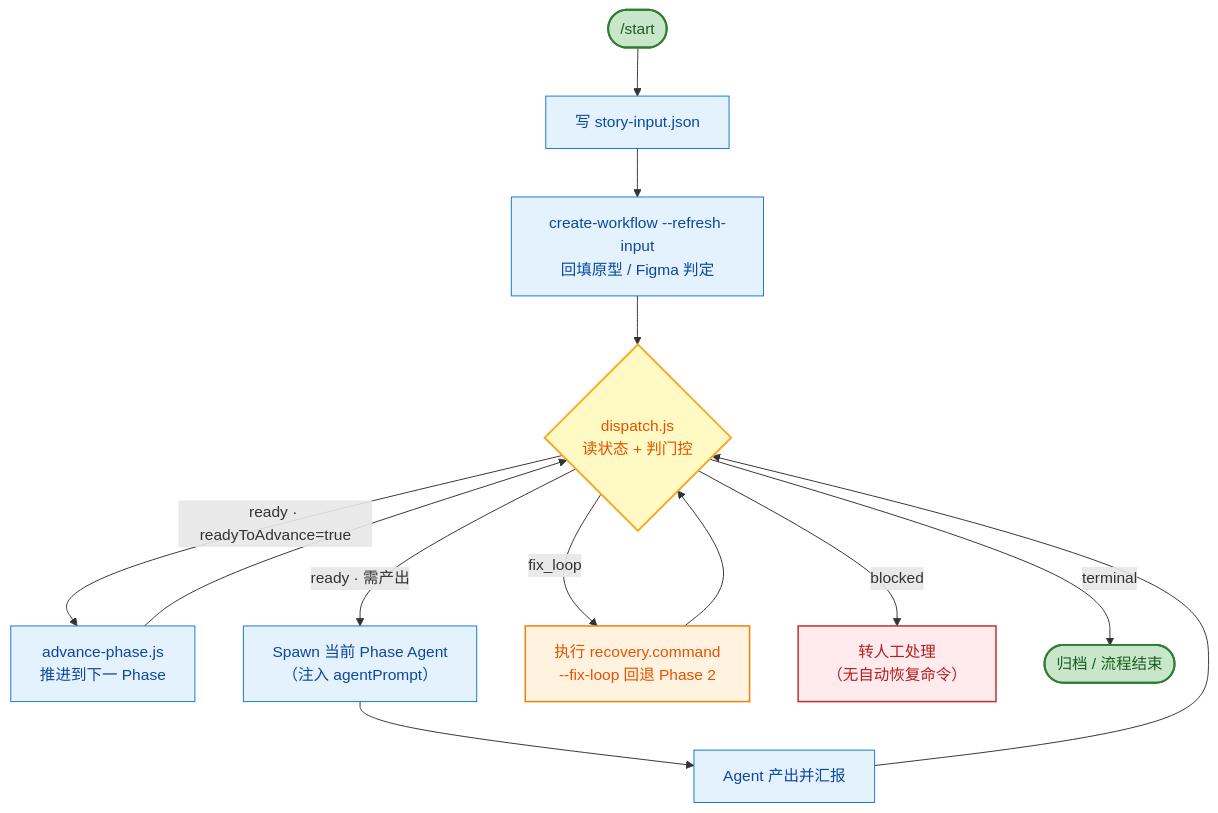
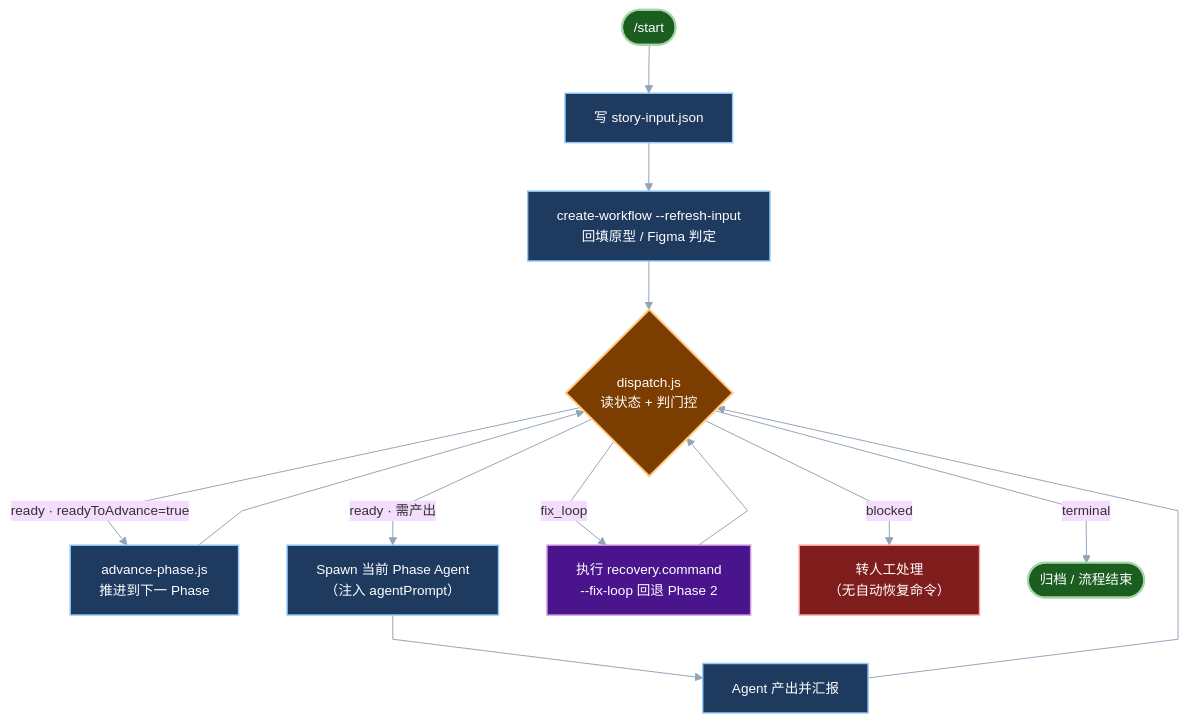
One commit to JayCJP/harnessflow changed the second of 2 diagrams in README.md. Above: the diagram before and after it, drawn with Mermaid. The commit also changed other lines of this file, not shown here.

First line of the commit message:
docs(readme): 按 GitHub 最佳实践重构 README 并美化流程图

````diff
--- a/README.md
+++ b/README.md
@@ -100,43 +115,45 @@
 ```mermaid
+%%{init: {'theme':'base', 'themeVariables': {'fontFamily':'system-ui, sans-serif','fontSize':'14px','lineColor':'#94a3b8'}, 'flowchart': {'curve':'linear'}}}%%
 flowchart TD
     Start(["/start"])
     Input["写 story-input.json"]
     Refresh["create-workflow --refresh-input<br/>回填原型 / Figma 判定"]
     Dispatch{"dispatch.js<br/>读状态 + 判门控"}
 
     Advance["advance-phase.js<br/>推进到下一 Phase"]
     Spawn["Spawn 当前 Phase Agent<br/>（注入 agentPrompt）"]
     Report["Agent 产出并汇报"]
     FixLoop["执行 recovery.command<br/>--fix-loop 回退 Phase 2"]
     Manual["转人工处理<br/>（无自动恢复命令）"]
     End(["归档 / 流程结束"])
 
     Start --> Input
     Input --> Refresh
     Refresh --> Dispatch
 
     Dispatch -->|"ready · readyToAdvance=true"| Advance
     Advance --> Dispatch
 
     Dispatch -->|"ready · 需产出"| Spawn
     Spawn --> Report
     Report --> Dispatch
 
     Dispatch -->|"fix_loop"| FixLoop
     FixLoop --> Dispatch
 
     Dispatch -->|"blocked"| Manual
     Dispatch -->|"terminal"| End
 
-    classDef startEnd fill:#c8e6c9,stroke:#2e7d32,color:#1b5e20,stroke-width:2px
-    classDef action fill:#e3f2fd,stroke:#1976d2,color:#0d47a1
-    classDef decision fill:#fff9c4,stroke:#f9a825,color:#e65100,stroke-width:2px
-    classDef fixloop fill:#fff3e0,stroke:#f57c00,color:#e65100,stroke-width:1.5px
-    classDef manual fill:#ffebee,stroke:#c62828,color:#b71c1c,stroke-width:1.5px
+    %% 深填充 + 浅描边 + 白字：GitHub 明暗两种模式下都清晰
+    classDef startEnd fill:#1b5e20,stroke:#a5d6a7,color:#ffffff,stroke-width:2px
+    classDef action fill:#1e3a5f,stroke:#90caf9,color:#ffffff,stroke-width:1.5px
+    classDef decision fill:#7c3d00,stroke:#ffcc80,color:#ffffff,stroke-width:2px
+    classDef fixloop fill:#4a148c,stroke:#ce93d8,color:#ffffff,stroke-width:1.5px
+    classDef manual fill:#7f1d1d,stroke:#fca5a5,color:#ffffff,stroke-width:1.5px
 
     class Start,End startEnd
     class Input,Refresh,Advance,Spawn,Report action
     class Dispatch decision
     class FixLoop fixloop
     class Manual manual
 ```
````
